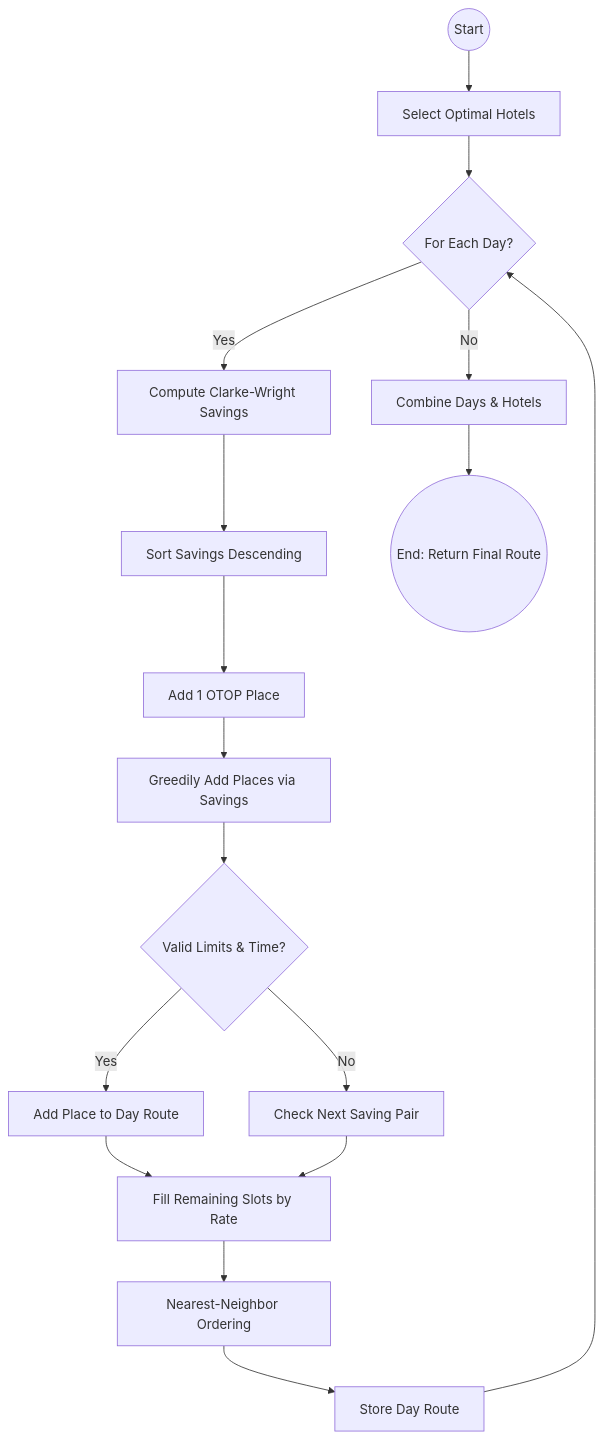
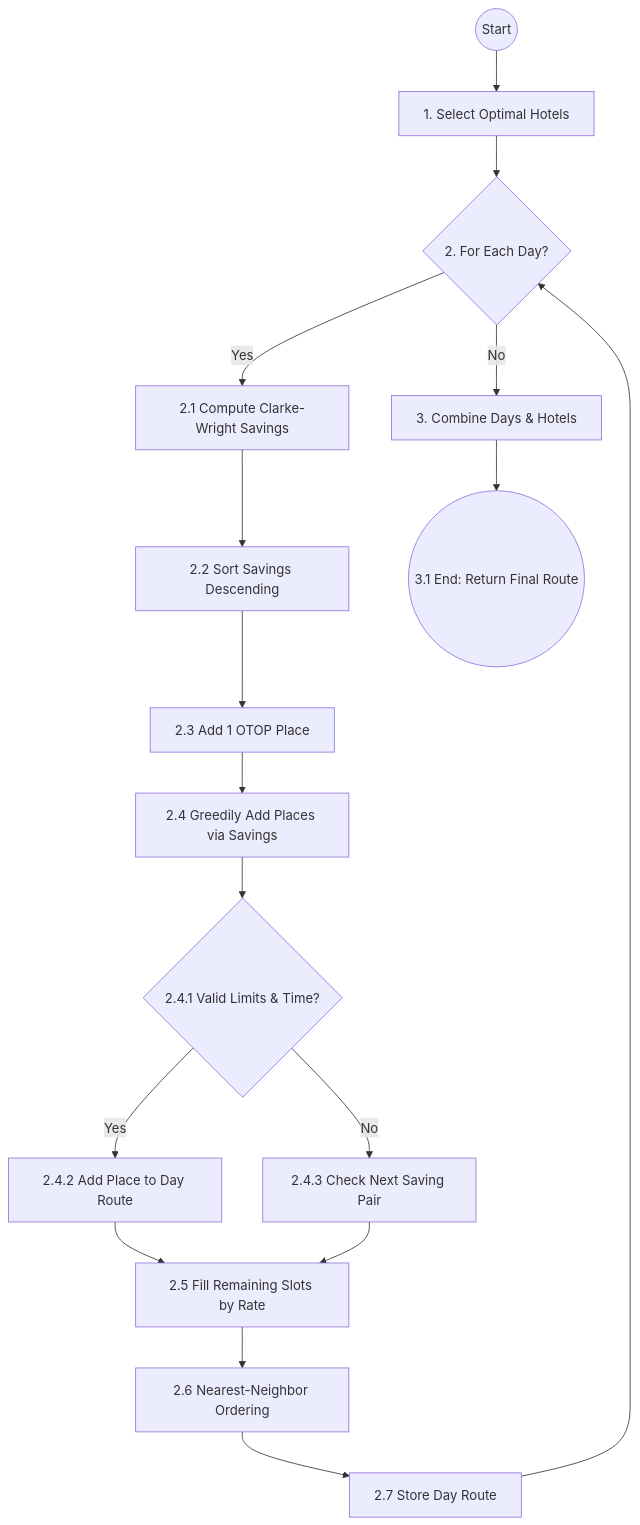
Before and after one commit to babankbro/NakornSri-Travel: the third of 8 diagrams in doc/algorithm-workflows.md, drawn with Mermaid. The commit also changed other lines of this file and 17 other files, not shown here.

````diff
--- a/doc/algorithm-workflows.md
+++ b/doc/algorithm-workflows.md
@@ -265,21 +185,21 @@
 ```mermaid
 graph TD
-    Start(("Start")) --> SelectHotels["Select Optimal Hotels"]
-    SelectHotels --> LoopDays{"For Each Day?"}
+    Start(("Start")) --> SelectHotels["1. Select Optimal Hotels"]
+    SelectHotels --> LoopDays{"2. For Each Day?"}
     
-    LoopDays -- Yes --> CalcSavings["Compute Clarke-Wright Savings"]
-    CalcSavings --> SortSavings["Sort Savings Descending"]
-    SortSavings --> InitDay["Add 1 OTOP Place"]
-    InitDay --> GreedyAdd["Greedily Add Places via Savings"]
-    GreedyAdd --> CheckConstraints{"Valid Limits & Time?"}
-    CheckConstraints -- Yes --> AddToDay["Add Place to Day Route"]
-    CheckConstraints -- No --> NextSaving["Check Next Saving Pair"]
-    AddToDay --> FillRemaining["Fill Remaining Slots by Rate"]
+    LoopDays -- Yes --> CalcSavings["2.1 Compute Clarke-Wright Savings"]
+    CalcSavings --> SortSavings["2.2 Sort Savings Descending"]
+    SortSavings --> InitDay["2.3 Add 1 OTOP Place"]
+    InitDay --> GreedyAdd["2.4 Greedily Add Places via Savings"]
+    GreedyAdd --> CheckConstraints{"2.4.1 Valid Limits & Time?"}
+    CheckConstraints -- Yes --> AddToDay["2.4.2 Add Place to Day Route"]
+    CheckConstraints -- No --> NextSaving["2.4.3 Check Next Saving Pair"]
+    AddToDay --> FillRemaining["2.5 Fill Remaining Slots by Rate"]
     NextSaving --> FillRemaining
-    FillRemaining --> NNOrder["Nearest-Neighbor Ordering"]
-    NNOrder --> SaveDay["Store Day Route"]
+    FillRemaining --> NNOrder["2.6 Nearest-Neighbor Ordering"]
+    NNOrder --> SaveDay["2.7 Store Day Route"]
     SaveDay --> LoopDays
     
-    LoopDays -- No --> BuildFinal["Combine Days & Hotels"]
-    BuildFinal --> End(("End: Return Final Route"))
+    LoopDays -- No --> BuildFinal["3. Combine Days & Hotels"]
+    BuildFinal --> End(("3.1 End: Return Final Route"))
 ```
````
